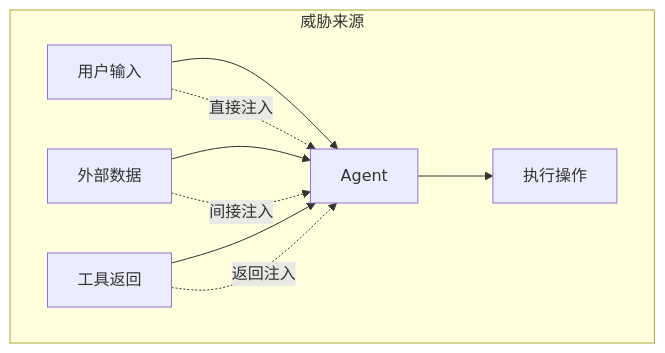
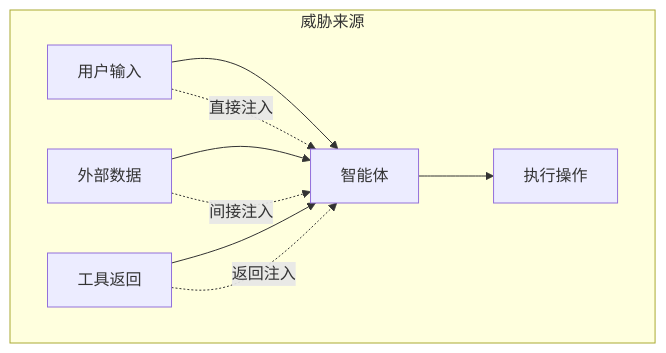
The second of 6 diagrams in 07_agent_rag_security/7.1_agent_risks.md (yeasy/ai_security_guide), drawn with Mermaid before and after one commit. The commit also changed other lines of this file and 74 other files, not shown here.

````diff
--- a/07_agent_rag_security/7.1_agent_risks.md
+++ b/07_agent_rag_security/7.1_agent_risks.md
@@ -39,14 +36,14 @@
 ```mermaid
 graph TB
     subgraph "威胁来源"
-    A["用户输入"] --> D["Agent"]
+    A["用户输入"] --> D["智能体"]
     B["外部数据"] --> D
     C["工具返回"] --> D
     
     D --> E["执行操作"]
     end
     
     A -.-> |直接注入| D
     B -.-> |间接注入| D
     C -.-> |返回注入| D
 ```
````
